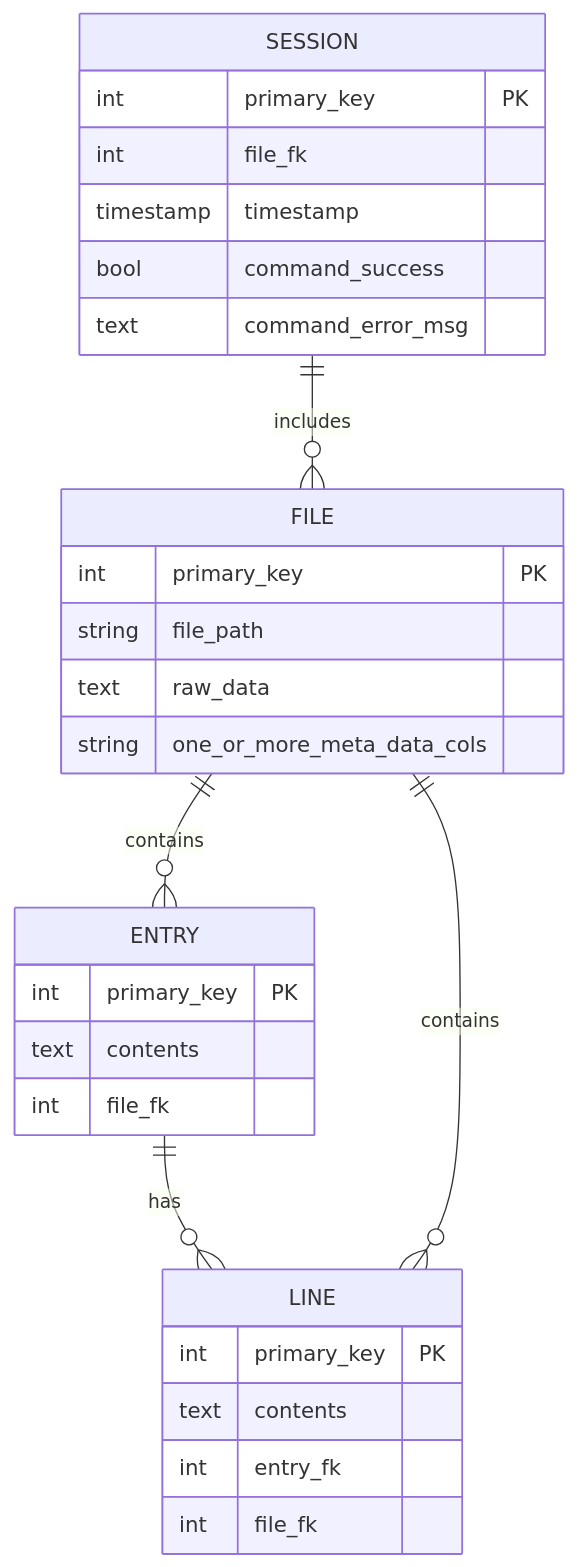
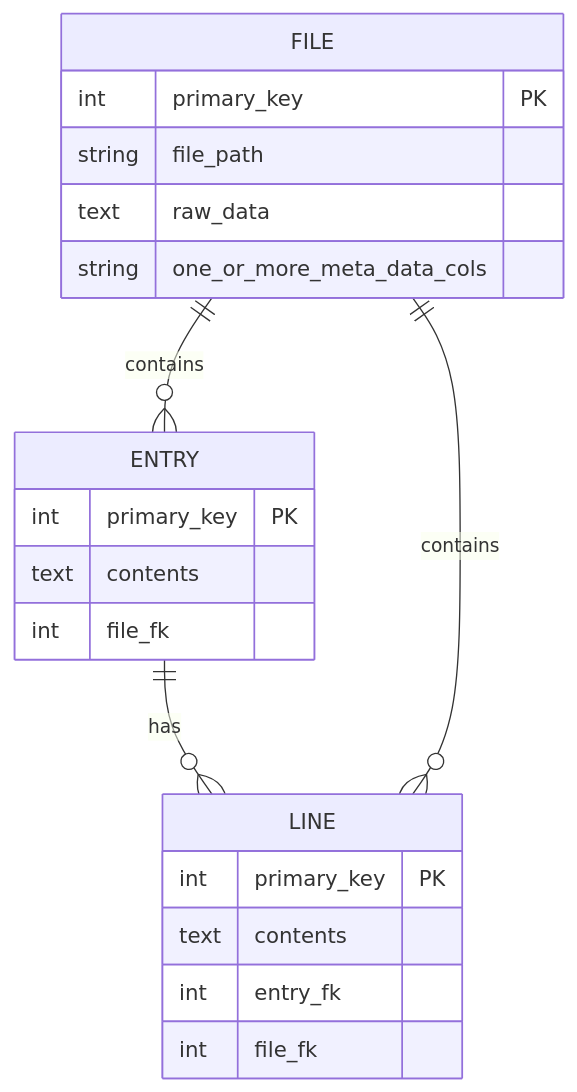
One commit to bengineerdavis/sawmill changed the second of 2 diagrams in docs/data-structure-notes.md. Above: the diagram before and after it, drawn with Mermaid. The commit also changed 2 other files, not shown here.

Commit message:
Refactors extract method of RestructuredData with separate Entry, Line classes

```diff
--- a/docs/data-structure-notes.md
+++ b/docs/data-structure-notes.md
@@ -63,31 +63,23 @@
     <div class="mermaid">
         erDiagram
             ENTRY ||--o{ LINE : has
             ENTRY {
                 int primary_key PK
                 text contents
                 int file_fk
             }
             LINE {
                 int primary_key PK
                 text contents
                 int entry_fk
                 int file_fk
             }
             FILE ||--o{ ENTRY : contains
             FILE ||--o{ LINE : contains
             FILE {
                 int primary_key PK
                 string file_path
                 text raw_data
                 string one_or_more_meta_data_cols
             }
-            SESSION ||--o{ FILE : includes
-            SESSION {
-                int primary_key PK
-                int file_fk
-                timestamp timestamp
-                bool command_success
-                text command_error_msg
-            }
     </div>
```
